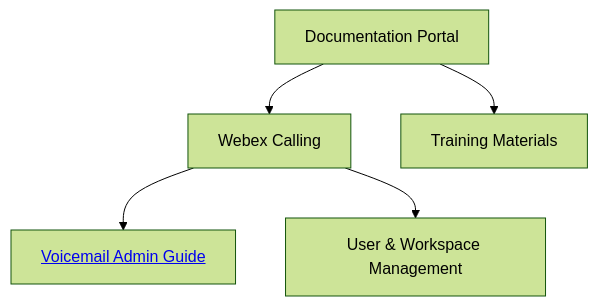
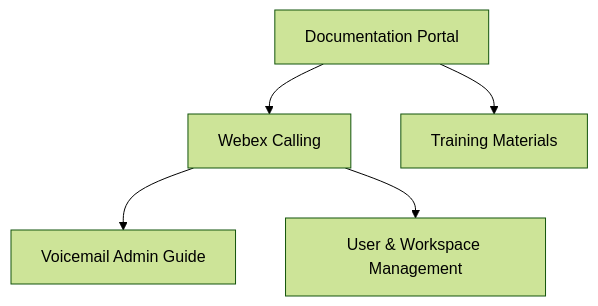
Before and after one commit to kvaksin/mkdocsdemo: the diagram in docs/index.md, drawn with Mermaid (forest theme).

```diff
--- a/docs/index.md
+++ b/docs/index.md
@@ -42,12 +42,11 @@
 <div class="mermaid">
 
-%%{init: {'securityLevel':'loose'}}%%
 flowchart TD
 A[Documentation Portal] --> B[Webex Calling]
 A --> C[Training Materials]
-B --> B1[<a href="webex-calling/voicemail.md" target="_blank">Voicemail Admin Guide</a>]
+B --> B1[Voicemail Admin Guide]
 B --> B2[User & Workspace Management]
 
 
 
 </div>
```
